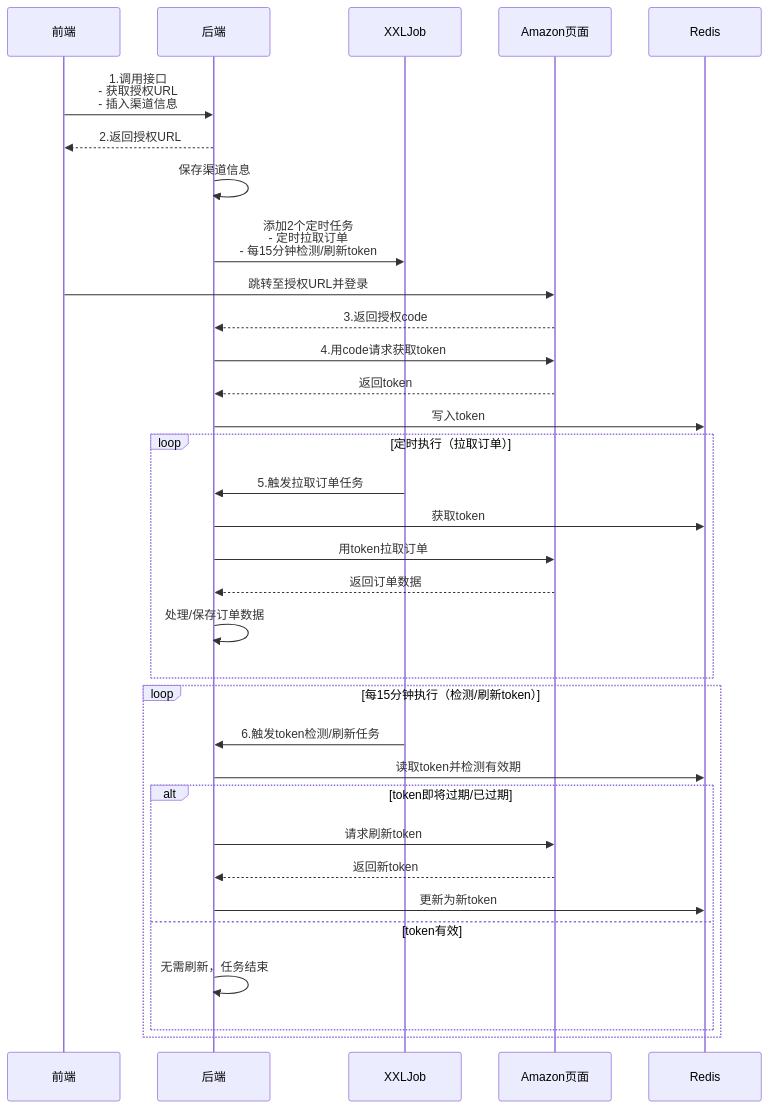
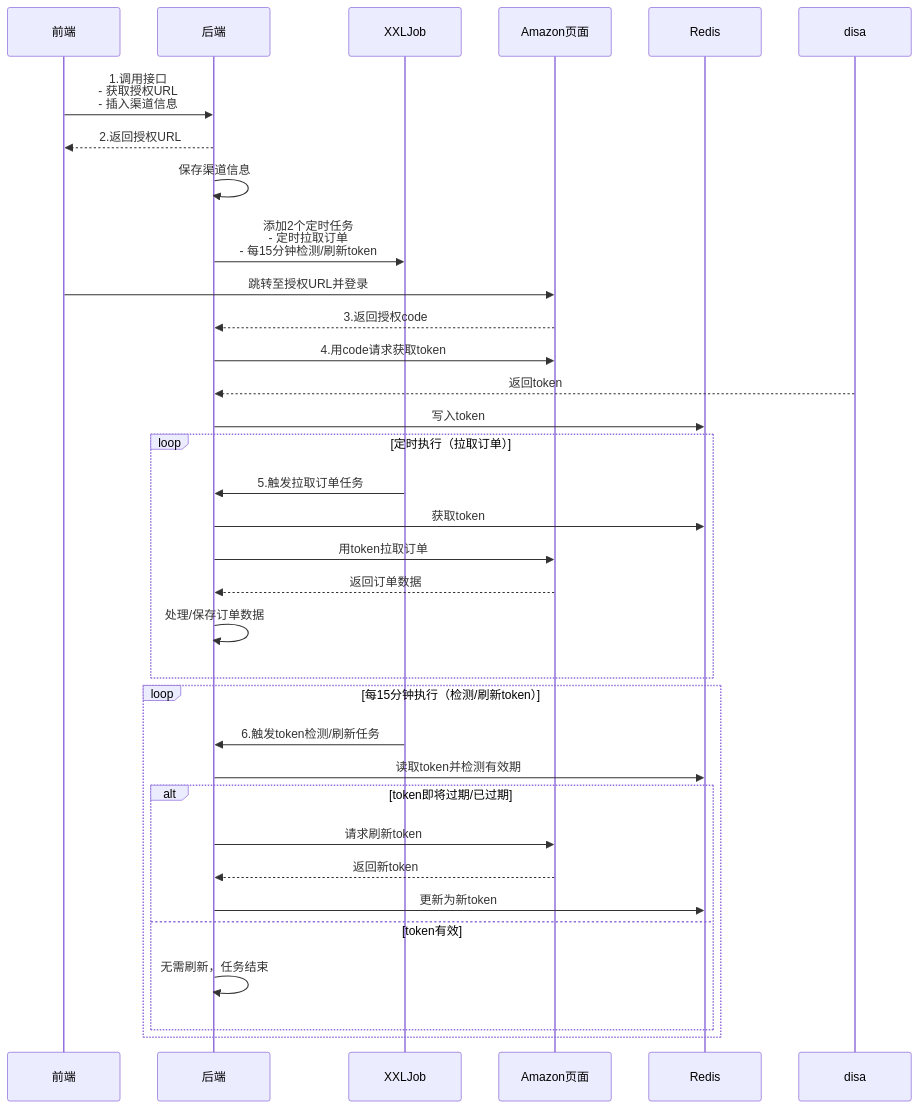
One commit to githubliangliang/iodraw-files changed the diagram in all/未命名.md. Above: the diagram before and after it, drawn with Mermaid.

Commit message:
2026-01-29 16:32:15 update

````diff
--- a/all/未命名.md
+++ b/all/未命名.md
@@ -1,42 +1,42 @@
 ```mermaid
 sequenceDiagram
     participant 前端
     participant 后端
     participant XXLJob
     participant Amazon页面
     participant Redis
 
     %% 步骤1：前端调用后端接口（获取授权URL + 插入渠道信息）
     前端->>后端: 1.调用接口<br/>- 获取授权URL<br/>- 插入渠道信息
     %% 步骤2：后端处理并返回结果，添加定时任务
     后端-->>前端: 2.返回授权URL
     后端->>后端: 保存渠道信息
     后端->>XXLJob: 添加2个定时任务<br/>- 定时拉取订单<br/>- 每15分钟检测/刷新token
     %% 步骤3：Amazon登录授权后返回code
     前端->>Amazon页面: 跳转至授权URL并登录
     Amazon页面-->>后端: 3.返回授权code
     %% 步骤4：后端通过code获取token并写入Redis
     后端->>Amazon页面: 4.用code请求获取token
-    Amazon页面-->>后端: 返回token
+    disa-->>后端: 返回token
     后端->>Redis: 写入token
     %% 步骤5：XXLJob定时执行拉取订单任务
     loop 定时执行（拉取订单）
         XXLJob->>后端: 5.触发拉取订单任务
         后端->>Redis: 获取token
         后端->>Amazon页面: 用token拉取订单
         Amazon页面-->>后端: 返回订单数据
         后端->>后端: 处理/保存订单数据
     end
     %% 步骤6：XXLJob每15分钟检测并刷新token
     loop 每15分钟执行（检测/刷新token）
         XXLJob->>后端: 6.触发token检测/刷新任务
         后端->>Redis: 读取token并检测有效期
         alt token即将过期/已过期
             后端->>Amazon页面: 请求刷新token
             Amazon页面-->>后端: 返回新token
             后端->>Redis: 更新为新token
         else token有效
             后端->>后端: 无需刷新，任务结束
         end
     end
 ```
````
